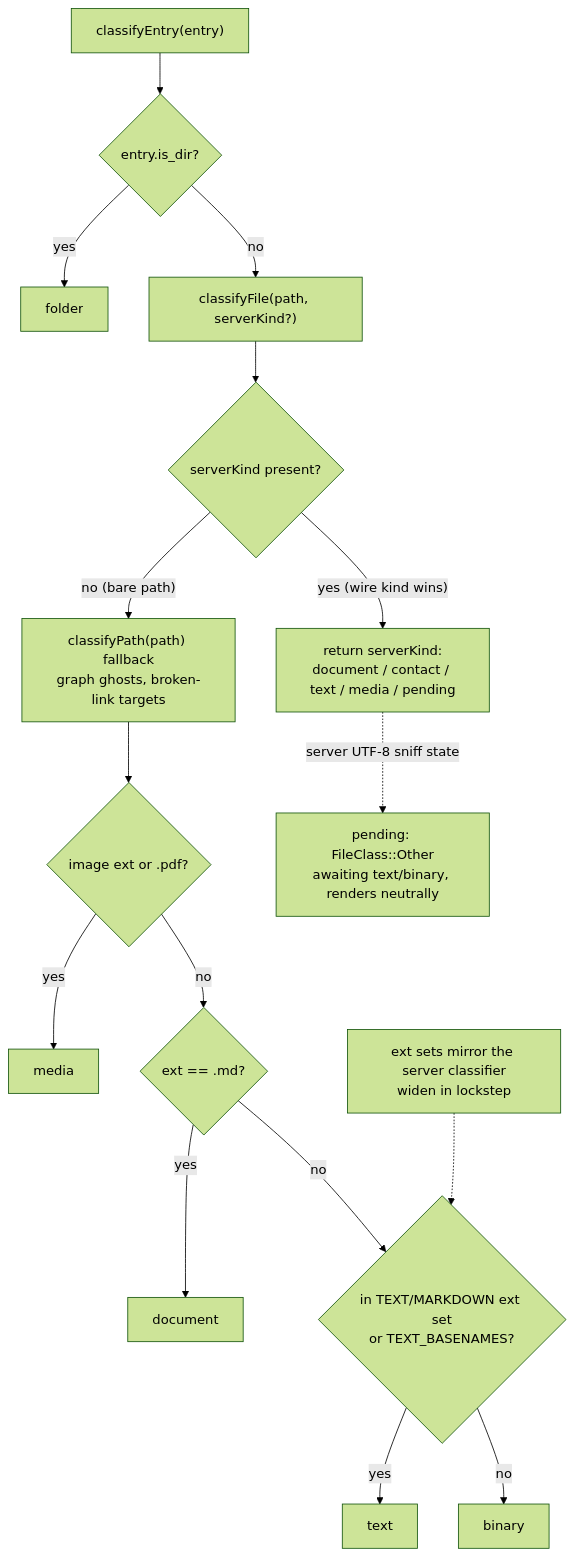
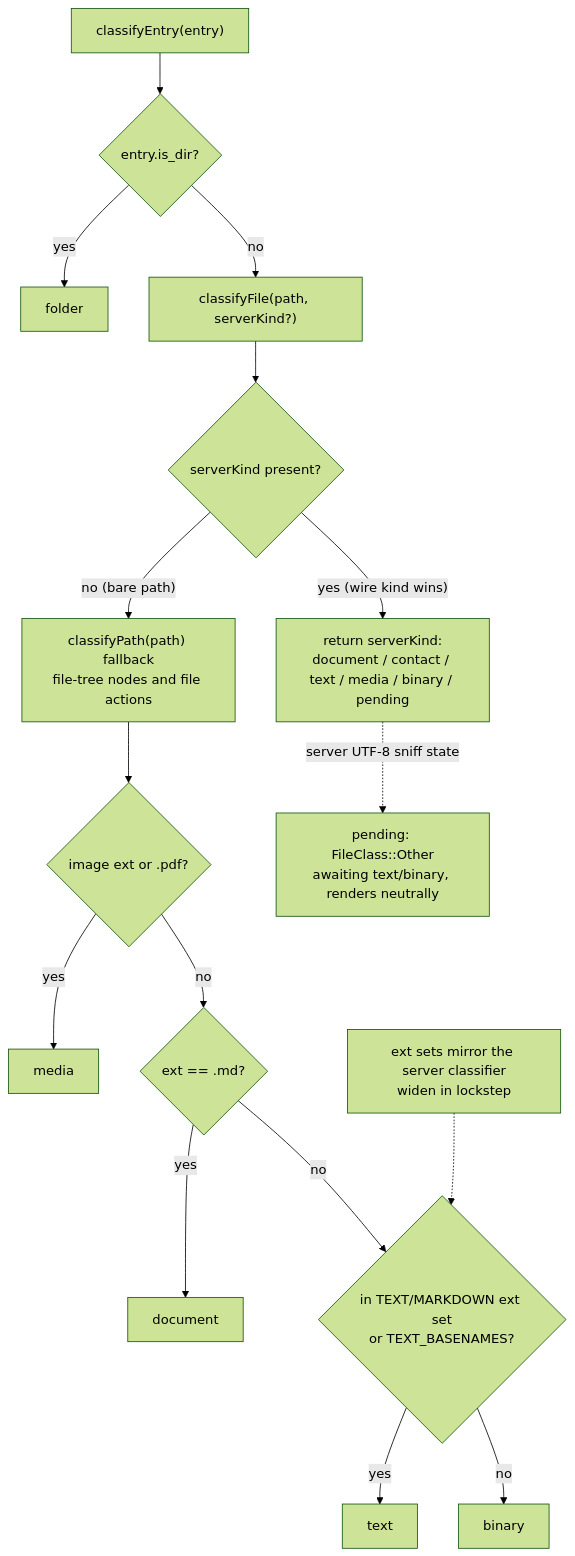
One commit to fiorix/chan changed the third of 3 diagrams in web/packages/workspace-app/src/design.md. Above: the diagram before and after it, drawn with Mermaid (forest theme). The commit also changed other lines of this file, not shown here.

````diff
--- a/web/packages/workspace-app/src/design.md
+++ b/web/packages/workspace-app/src/design.md
@@ -215,18 +215,18 @@
 ```mermaid
 flowchart TD
     Entry["classifyEntry(entry)"] --> IsDir{"entry.is_dir?"}
     IsDir -->|yes| Folder["folder"]
     IsDir -->|no| CF["classifyFile(path, serverKind?)"]
     CF --> HasServer{"serverKind present?"}
-    HasServer -->|"yes (wire kind wins)"| ServerWins["return serverKind:<br/>document / contact / text / media / pending"]
-    HasServer -->|"no (bare path)"| CP["classifyPath(path) fallback<br/>graph ghosts, broken-link targets"]
+    HasServer -->|"yes (wire kind wins)"| ServerWins["return serverKind:<br/>document / contact / text / media / binary / pending"]
+    HasServer -->|"no (bare path)"| CP["classifyPath(path) fallback<br/>file-tree nodes and file actions"]
     CP --> ExtImg{"image ext or .pdf?"}
     ExtImg -->|yes| Media["media"]
     ExtImg -->|no| ExtMd{"ext == .md?"}
     ExtMd -->|yes| Document["document"]
     ExtMd -->|no| ExtText{"in TEXT/MARKDOWN ext set<br/>or TEXT_BASENAMES?"}
     ExtText -->|yes| Text["text"]
     ExtText -->|no| Binary["binary"]
     ServerWins -.->|"server UTF-8 sniff state"| Pending["pending: FileClass::Other<br/>awaiting text/binary, renders neutrally"]
     Note["ext sets mirror the server classifier<br/>widen in lockstep"] -.-> ExtText
 ```
````
